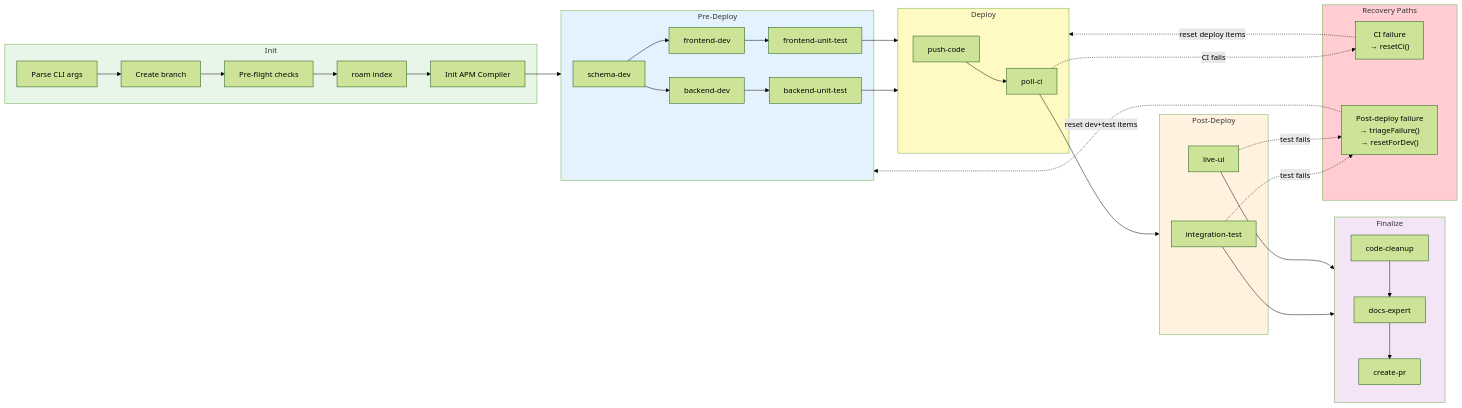
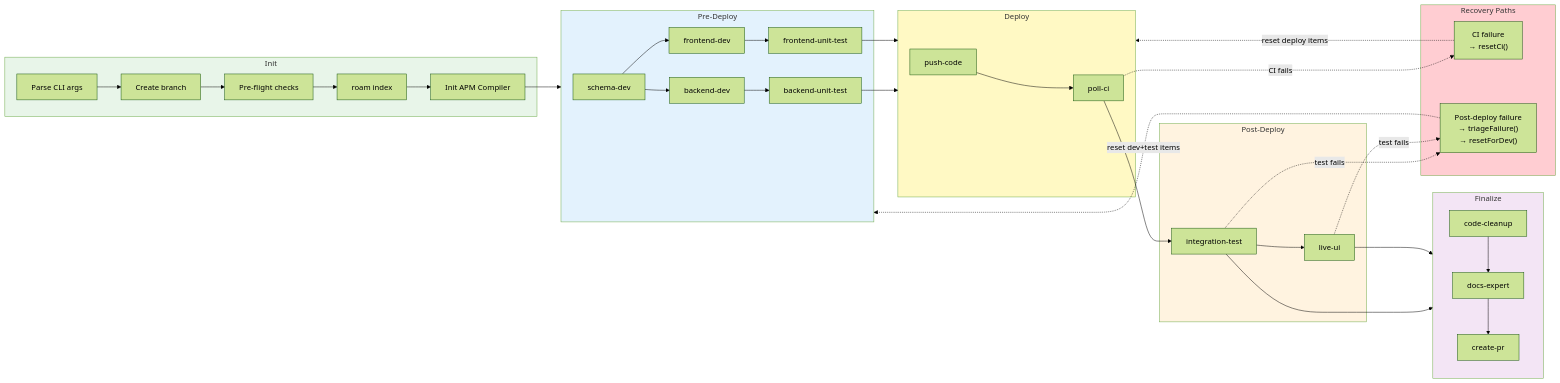
The fourth of 5 diagrams in tools/autonomous-factory/docs/00-overview.md (rkaliupin/DAGent), drawn with Mermaid (forest theme) before and after one commit. The commit also changed 65 other files, not shown here.

````diff
--- a/tools/autonomous-factory/docs/00-overview.md
+++ b/tools/autonomous-factory/docs/00-overview.md
@@ -191,62 +191,62 @@
 ```mermaid
 flowchart LR
     subgraph INIT["Init"]
         I1["Parse CLI args"]
         I2["Create branch"]
         I3["Pre-flight checks"]
         I4["roam index"]
         I5["Init APM Compiler"]
     end
 
     subgraph PRE["Pre-Deploy"]
         P1["schema-dev"]
         P2["backend-dev"]
         P3["frontend-dev"]
         P4["backend-unit-test"]
         P5["frontend-unit-test"]
     end
 
     subgraph DEP["Deploy"]
         D1["push-code"]
         D2["poll-ci"]
     end
 
     subgraph POST["Post-Deploy"]
         PD1["integration-test"]
-        PD2["live-ui"]
+        PD1 --> PD2["live-ui"]
     end
 
     subgraph FIN["Finalize"]
         F1["code-cleanup"]
         F2["docs-expert"]
         F3["create-pr"]
     end
 
     subgraph RECOVERY["Recovery Paths"]
         R1["CI failure\n→ resetCi()"]
         R2["Post-deploy failure\n→ triageFailure()\n→ resetForDev()"]
     end
 
     I1 --> I2 --> I3 --> I4 --> I5 --> PRE
     P1 --> P2 & P3
     P2 --> P4
     P3 --> P5
     P4 & P5 --> DEP
     D1 --> D2
-    D2 --> POST
+    D2 --> PD1
     PD1 & PD2 --> FIN
     F1 --> F2 --> F3
 
     D2 -.->|"CI fails"| R1
     R1 -.->|"reset deploy items"| DEP
     PD1 -.->|"test fails"| R2
     PD2 -.->|"test fails"| R2
     R2 -.->|"reset dev+test items"| PRE
 
     style INIT fill:#e8f5e9
     style PRE fill:#e3f2fd
     style DEP fill:#fff9c4
     style POST fill:#fff3e0
     style FIN fill:#f3e5f5
     style RECOVERY fill:#ffcdd2
 ```
````
